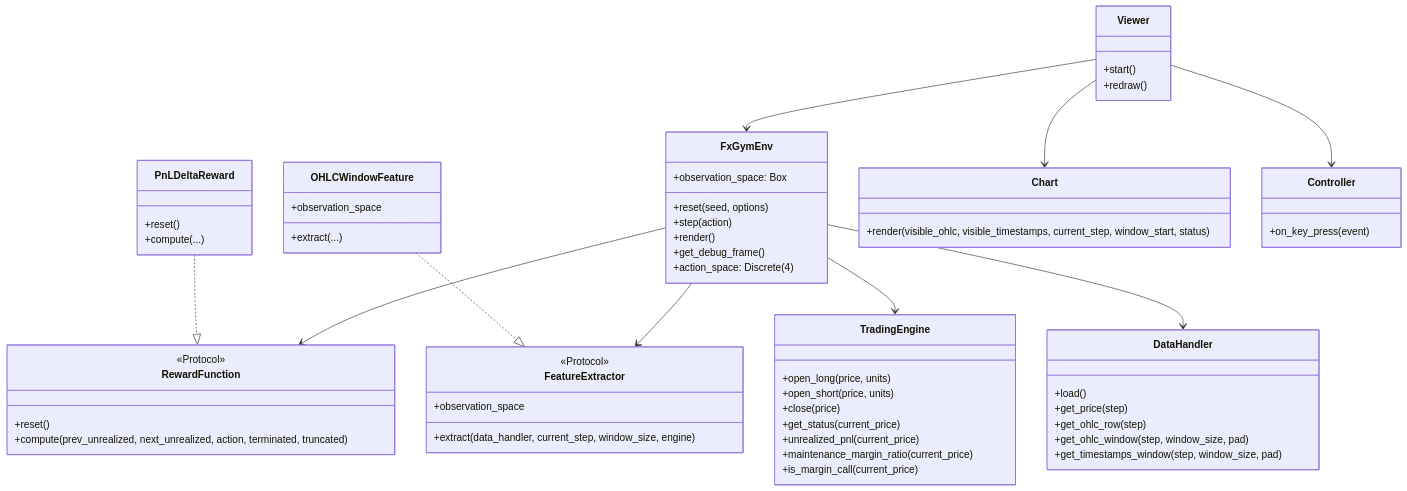
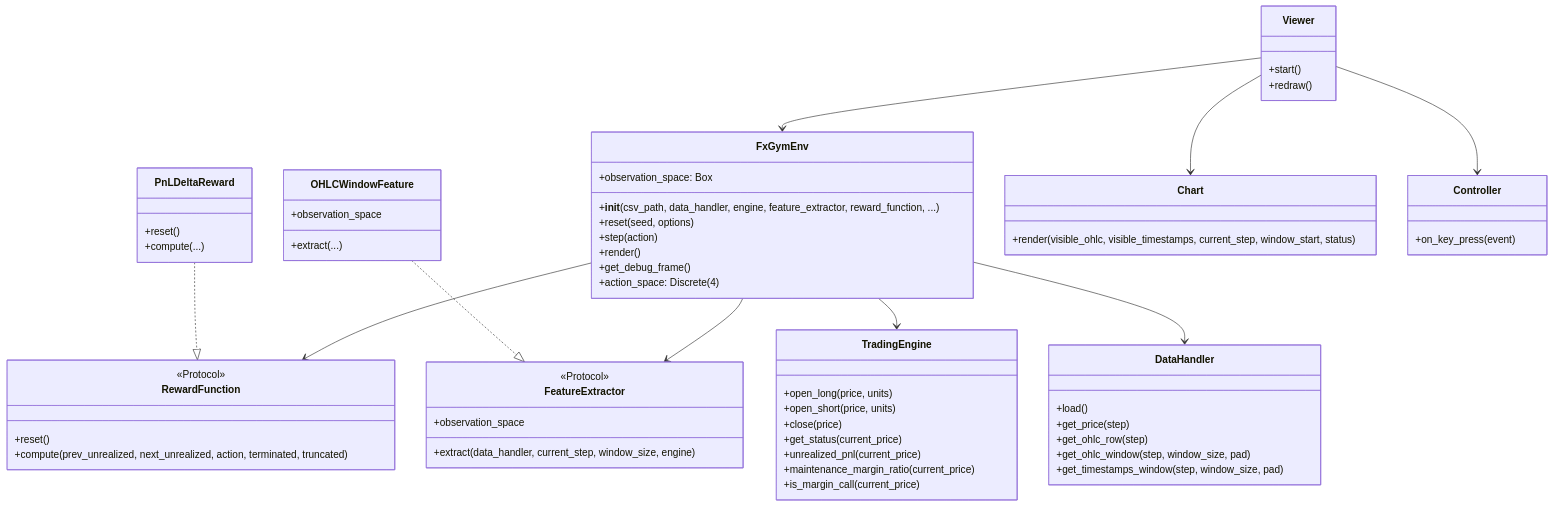
Before and after one commit to koretty/fx-trading-env: the diagram in docs/class_diagram.md, drawn with Mermaid. The commit also changed 7 other files, not shown here.

````diff
--- a/docs/class_diagram.md
+++ b/docs/class_diagram.md
@@ -5,74 +5,75 @@
 ```mermaid
 classDiagram
     class DataHandler {
         +load()
         +get_price(step)
         +get_ohlc_row(step)
         +get_ohlc_window(step, window_size, pad)
         +get_timestamps_window(step, window_size, pad)
     }
 
     class TradingEngine {
         +open_long(price, units)
         +open_short(price, units)
         +close(price)
         +get_status(current_price)
         +unrealized_pnl(current_price)
         +maintenance_margin_ratio(current_price)
         +is_margin_call(current_price)
     }
 
     class FeatureExtractor {
         <<Protocol>>
         +observation_space
         +extract(data_handler, current_step, window_size, engine)
     }
 
     class OHLCWindowFeature {
         +observation_space
         +extract(...)
     }
 
     class RewardFunction {
         <<Protocol>>
         +reset()
         +compute(prev_unrealized, next_unrealized, action, terminated, truncated)
     }
 
     class PnLDeltaReward {
         +reset()
         +compute(...)
     }
 
     class FxGymEnv {
+        +__init__(csv_path, data_handler, engine, feature_extractor, reward_function, ...)
         +reset(seed, options)
         +step(action)
         +render()
         +get_debug_frame()
         +action_space: Discrete(4)
         +observation_space: Box
     }
 
     class Chart {
         +render(visible_ohlc, visible_timestamps, current_step, window_start, status)
     }
 
     class Controller {
         +on_key_press(event)
     }
 
     class Viewer {
         +start()
         +redraw()
     }
 
     OHLCWindowFeature ..|> FeatureExtractor
     PnLDeltaReward ..|> RewardFunction
     FxGymEnv --> DataHandler
     FxGymEnv --> TradingEngine
     FxGymEnv --> FeatureExtractor
     FxGymEnv --> RewardFunction
     Viewer --> FxGymEnv
     Viewer --> Chart
     Viewer --> Controller
 ```
````
